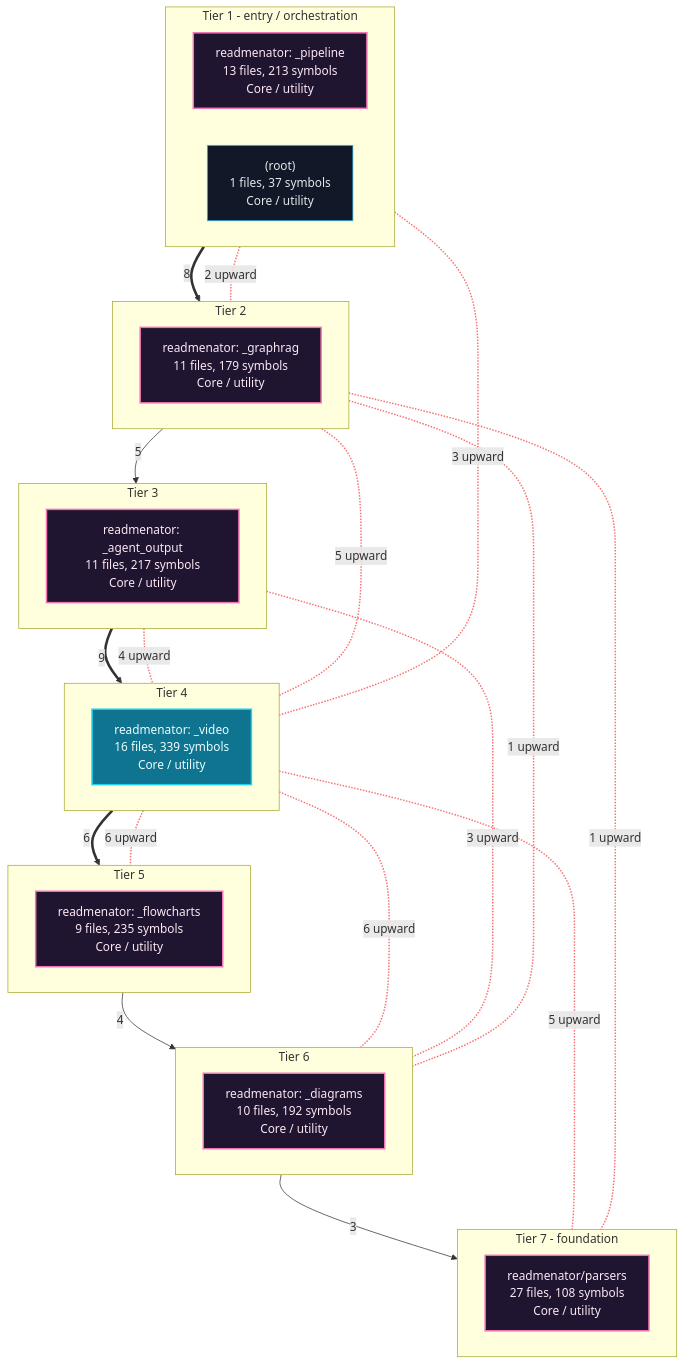
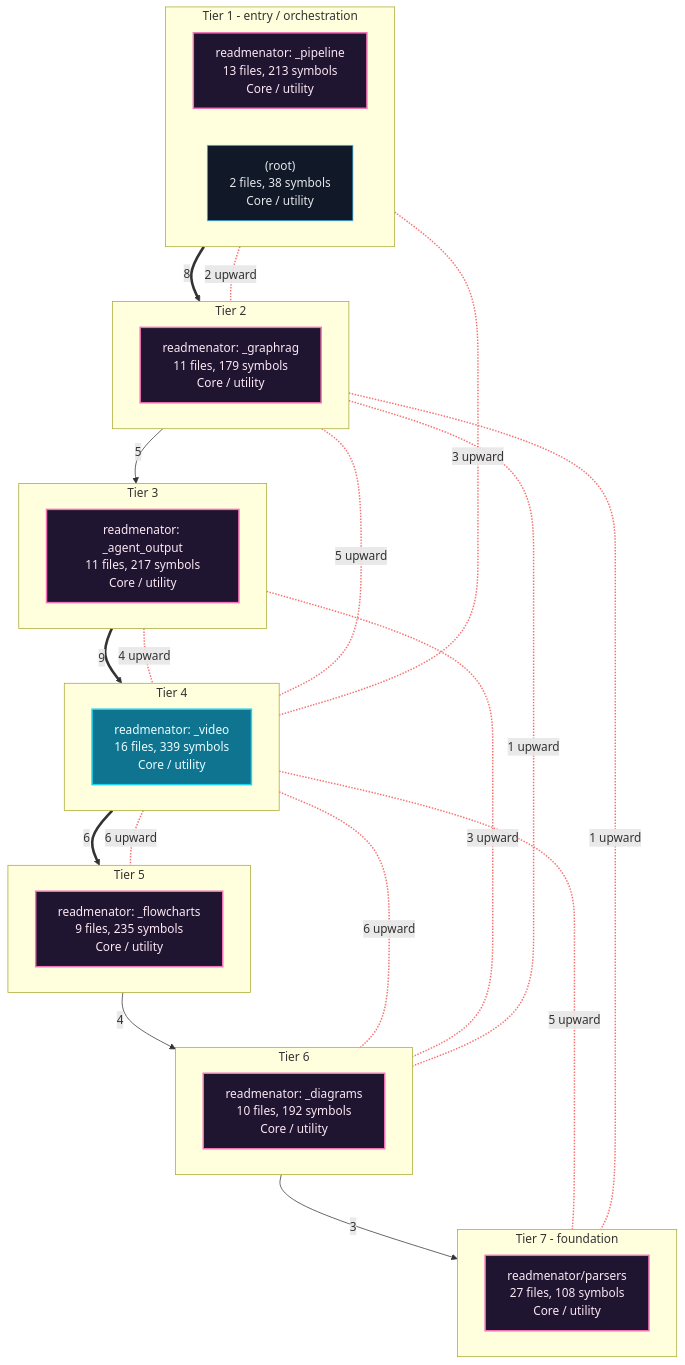
One commit to grisuno/ReadMenator changed the first of 7 diagrams in readmenator-apidocs/architecture.md. Above: the diagram before and after it, drawn with Mermaid. The commit also changed 122 other files, not shown here.

````diff
--- a/readmenator-apidocs/architecture.md
+++ b/readmenator-apidocs/architecture.md
@@ -11,58 +11,58 @@
 ```mermaid
 flowchart TB
     classDef cycle fill:#1f1530,stroke:#f472b6,color:#fce7f3,stroke-width:2px;
     classDef default fill:#111827,stroke:#38bdf8,color:#e5e7eb;
     classDef entry fill:#0e7490,stroke:#22d3ee,color:#ecfeff,stroke-width:2px;
     subgraph lane_0["Tier 1 - entry / orchestration"]
         direction LR
         n_c4["readmenator: _pipeline<br/>13 files, 213 symbols<br/>Core / utility"]:::cycle
-        n_d__root_["(root)<br/>1 files, 37 symbols<br/>Core / utility"]:::default
+        n_d__root_["(root)<br/>2 files, 38 symbols<br/>Core / utility"]:::default
     end
     subgraph lane_1["Tier 2"]
         direction LR
         n_c3["readmenator: _graphrag<br/>11 files, 179 symbols<br/>Core / utility"]:::cycle
     end
     subgraph lane_2["Tier 3"]
         direction LR
         n_c2["readmenator: _agent_output<br/>11 files, 217 symbols<br/>Core / utility"]:::cycle
     end
     subgraph lane_3["Tier 4"]
         direction LR
         n_c0["readmenator: _video<br/>16 files, 339 symbols<br/>Core / utility"]:::entry
     end
     subgraph lane_4["Tier 5"]
         direction LR
         n_c6["readmenator: _flowcharts<br/>9 files, 235 symbols<br/>Core / utility"]:::cycle
     end
     subgraph lane_5["Tier 6"]
         direction LR
         n_c5["readmenator: _diagrams<br/>10 files, 192 symbols<br/>Core / utility"]:::cycle
     end
     subgraph lane_6["Tier 7 - foundation"]
         direction LR
         n_c1["readmenator/parsers<br/>27 files, 108 symbols<br/>Core / utility"]:::cycle
     end
     n_c0 ==>|"6"| n_c6
     n_c2 ==>|"9"| n_c0
     n_c3 -->|"5"| n_c2
     n_c4 ==>|"8"| n_c3
     n_c5 -->|"3"| n_c1
     n_c6 -->|"4"| n_c5
     n_c2 <-.-|"4 upward"| n_c0
     n_c3 <-.-|"5 upward"| n_c0
     n_c4 <-.-|"3 upward"| n_c0
     n_c0 <-.-|"5 upward"| n_c1
     n_c3 <-.-|"1 upward"| n_c1
     n_c4 <-.-|"2 upward"| n_c3
     n_c0 <-.-|"6 upward"| n_c5
     n_c2 <-.-|"3 upward"| n_c5
     n_c3 <-.-|"1 upward"| n_c5
     n_c0 <-.-|"6 upward"| n_c6
     linkStyle 6,7,8,9,10,11,12,13,14,15 stroke:#f87171,stroke-width:2px;
     n_c4 ~~~ n_c3
     n_c3 ~~~ n_c2
     n_c2 ~~~ n_c0
     n_c0 ~~~ n_c6
     n_c6 ~~~ n_c5
     n_c5 ~~~ n_c1
 ```
````
